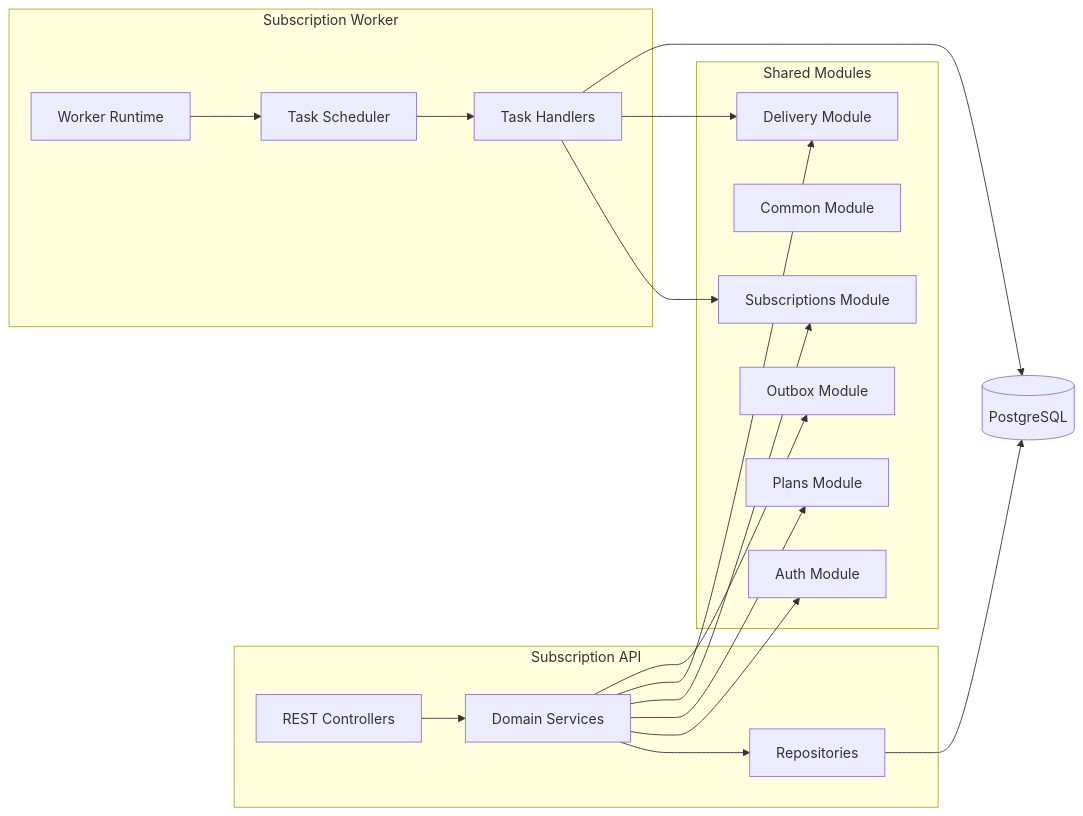
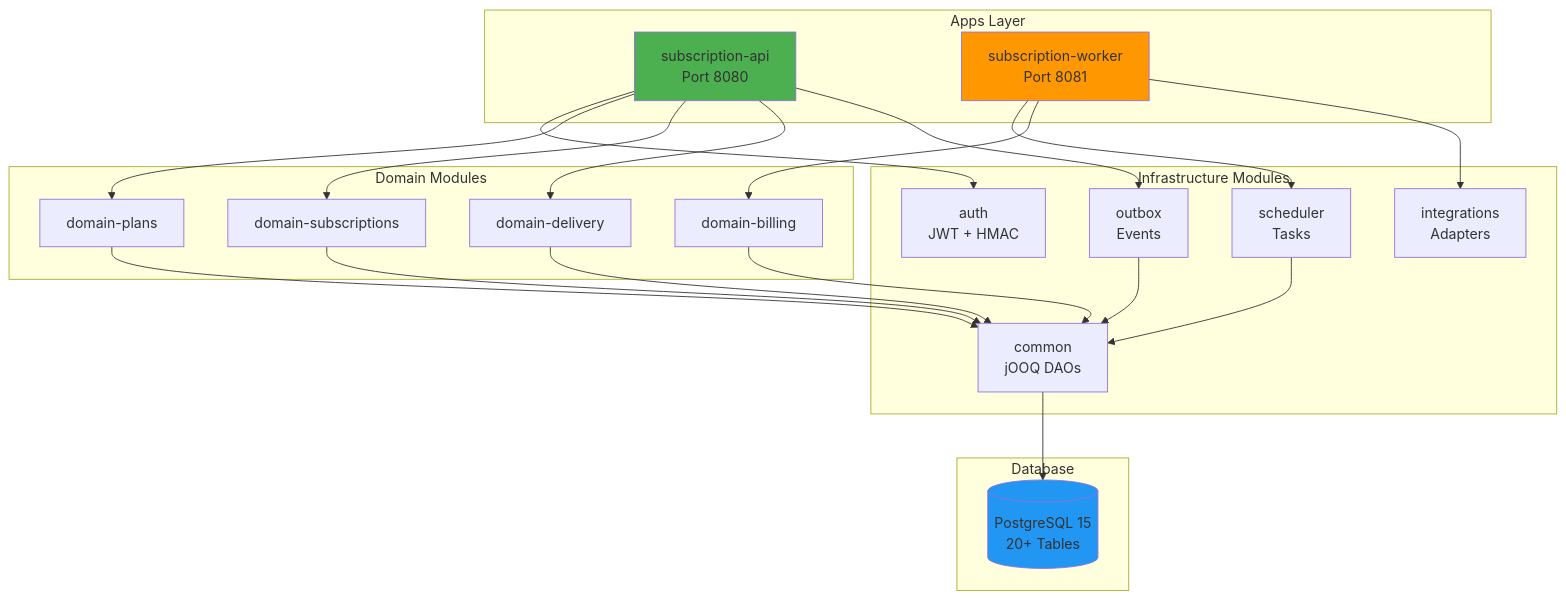
Before and after one commit to neeraj-agentic-lab/SubscriptionManager: the second of 9 diagrams in README.md, drawn with Mermaid. The commit also changed other lines of this file and 190 other files, not shown here.

First line of the commit message:
feat: Update README, optimize startup, separate API/Worker scheduled jobs, update GCP deployment

````diff
--- a/README.md
+++ b/README.md
@@ -167,39 +264,49 @@
 ```mermaid
-graph LR
-    subgraph "Subscription API"
-        API[REST Controllers]
-        SVC[Domain Services]
-        REPO[Repositories]
+graph TB
+    subgraph "Apps Layer"
+        API[subscription-api<br/>Port 8080]
+        WORKER[subscription-worker<br/>Port 8081]
     end
     
-    subgraph "Shared Modules"
-        AUTH[Auth Module]
-        COMMON[Common Module]
-        PLANS[Plans Module]
-        SUBS[Subscriptions Module]
-        DELIVERY[Delivery Module]
-        OUTBOX[Outbox Module]
+    subgraph "Domain Modules"
+        BILLING[domain-billing]
+        DELIVERY[domain-delivery]
+        PLANS[domain-plans]
+        SUBS[domain-subscriptions]
     end
     
-    subgraph "Subscription Worker"
-        WORKER[Worker Runtime]
-        SCHEDULER[Task Scheduler]
-        HANDLERS[Task Handlers]
+    subgraph "Infrastructure Modules"
+        AUTH[auth<br/>JWT + HMAC]
+        COMMON[common<br/>jOOQ DAOs]
+        INTEGRATIONS[integrations<br/>Adapters]
+        OUTBOX[outbox<br/>Events]
+        SCHEDULER[scheduler<br/>Tasks]
     end
     
-    API --> SVC
-    SVC --> REPO
-    SVC --> AUTH
-    SVC --> PLANS
-    SVC --> SUBS
-    SVC --> DELIVERY
-    SVC --> OUTBOX
+    subgraph "Database"
+        DB[(PostgreSQL 15<br/>20+ Tables)]
+    end
+    
+    API --> AUTH
+    API --> PLANS
+    API --> SUBS
+    API --> DELIVERY
+    API --> OUTBOX
     
     WORKER --> SCHEDULER
-    SCHEDULER --> HANDLERS
-    HANDLERS --> SUBS
-    HANDLERS --> DELIVERY
+    WORKER --> BILLING
+    WORKER --> INTEGRATIONS
     
-    REPO --> DB[(PostgreSQL)]
-    HANDLERS --> DB
+    BILLING --> COMMON
+    DELIVERY --> COMMON
+    PLANS --> COMMON
+    SUBS --> COMMON
+    SCHEDULER --> COMMON
+    OUTBOX --> COMMON
+    
+    COMMON --> DB
+    
+    style API fill:#4CAF50
+    style WORKER fill:#FF9800
+    style DB fill:#2196F3
 ```
````
